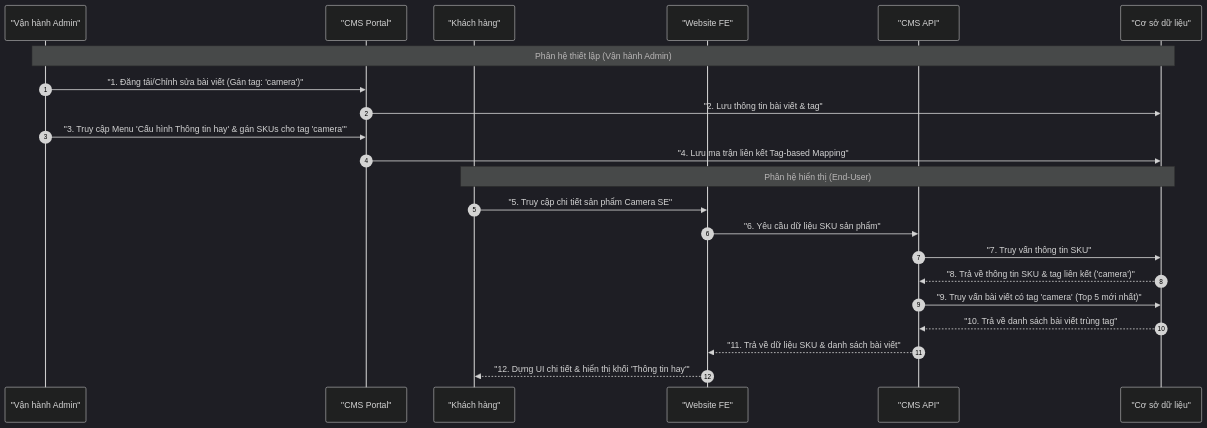
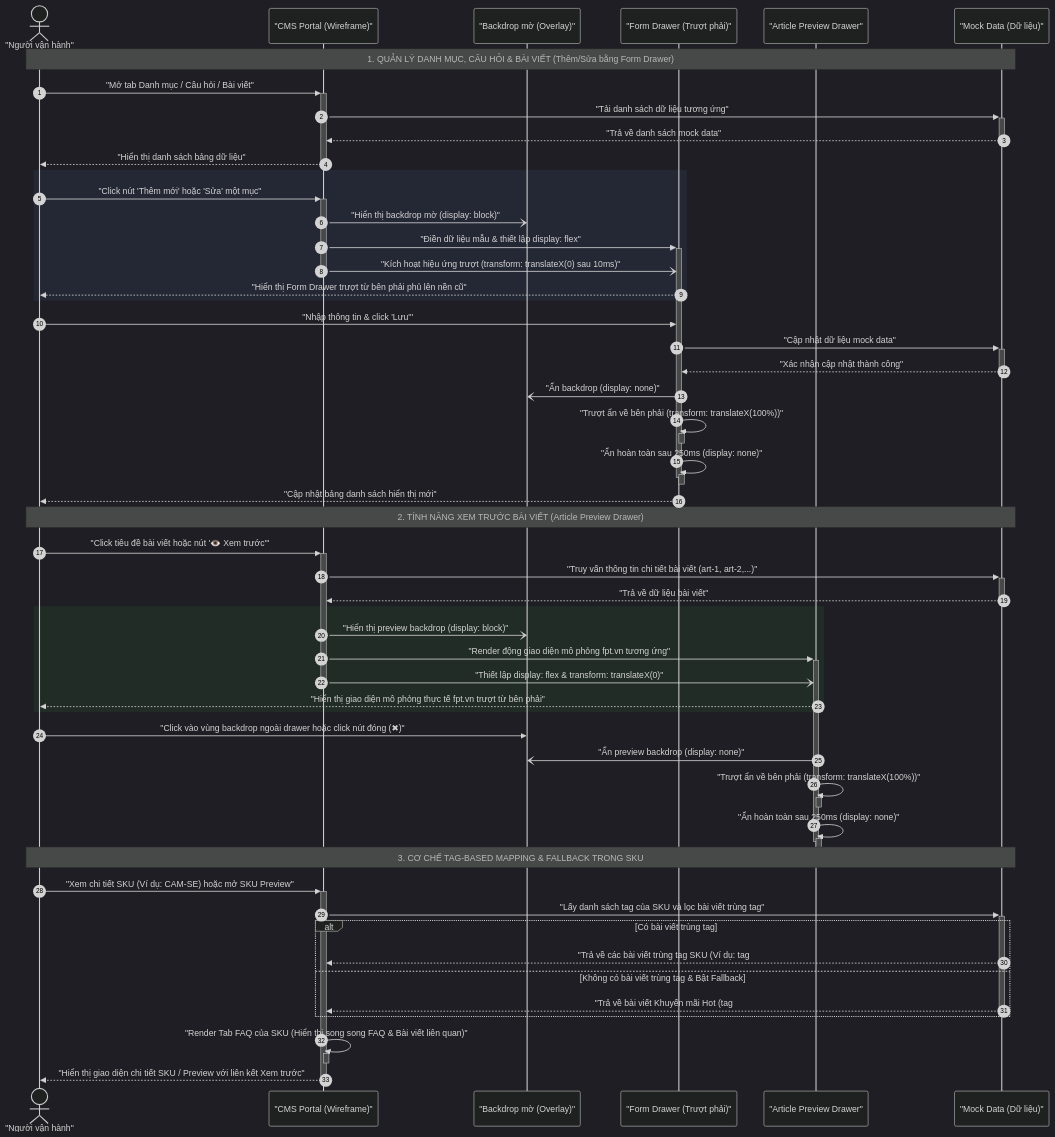
Before and after one commit to LongNguyen2903/FPT: the diagram in diagrams/fpt-article-tag-seq.md, drawn with Mermaid. The commit also changed other lines of this file and 8 other files, not shown here.

Commit message:
feat: add project documentation, UI wireframes, and sequence diagrams for module 1 implementation

````diff
--- a/diagrams/fpt-article-tag-seq.md
+++ b/diagrams/fpt-article-tag-seq.md
@@ -9,26 +10,90 @@
 %%{init: { 'theme': 'dark' } }%%
 sequenceDiagram
     autonumber
-    participant Admin as "Vận hành Admin"
-    participant Portal as "CMS Portal"
-    participant Customer as "Khách hàng"
-    participant FE as "Website FE"
-    participant API as "CMS API"
-    participant DB as "Cơ sở dữ liệu"
 
-    Note over Admin, DB: Phân hệ thiết lập (Vận hành Admin)
-    Admin->>Portal: "1. Đăng tải/Chỉnh sửa bài viết (Gán tag: 'camera')"
-    Portal->>DB: "2. Lưu thông tin bài viết & tag"
-    Admin->>Portal: "3. Truy cập Menu 'Cấu hình Thông tin hay' & gán SKUs cho tag 'camera'"
-    Portal->>DB: "4. Lưu ma trận liên kết Tag-based Mapping"
+    %% KHAI BÁO THỰC THỂ (UML 2.5)
+    %% actor = Con người | participant = Hệ thống
+    actor Operator as "Người vận hành"
+    participant CMS as "CMS Portal (Wireframe)"
+    participant Backdrop as "Backdrop mờ (Overlay)"
+    participant FormDrawer as "Form Drawer (Trượt phải)"
+    participant PreviewDrawer as "Article Preview Drawer"
+    participant Mock as "Mock Data (Dữ liệu)"
 
-    Note over Customer, DB: Phân hệ hiển thị (End-User)
-    Customer->>FE: "5. Truy cập chi tiết sản phẩm Camera SE"
-    FE->>API: "6. Yêu cầu dữ liệu SKU sản phẩm"
-    API->>DB: "7. Truy vấn thông tin SKU"
-    DB-->>API: "8. Trả về thông tin SKU & tag liên kết ('camera')"
-    API->>DB: "9. Truy vấn bài viết có tag 'camera' (Top 5 mới nhất)"
-    DB-->>API: "10. Trả về danh sách bài viết trùng tag"
-    API-->>FE: "11. Trả về dữ liệu SKU & danh sách bài viết"
-    FE-->>Customer: "12. Dựng UI chi tiết & hiển thị khối 'Thông tin hay'"
+
+    Note over Operator, Mock: 1. QUẢN LÝ DANH MỤC, CÂU HỎI & BÀI VIẾT (Thêm/Sửa bằng Form Drawer)
+
+
+    Operator->>+CMS: "Mở tab Danh mục / Câu hỏi / Bài viết"
+    CMS->>+Mock: "Tải danh sách dữ liệu tương ứng"
+    Mock-->>-CMS: "Trả về danh sách mock data"
+    CMS-->>-Operator: "Hiển thị danh sách bảng dữ liệu"
+
+
+    rect rgba(100, 149, 237, 0.08)
+        Operator->>+CMS: "Click nút 'Thêm mới' hoặc 'Sửa' một mục"
+        CMS-)Backdrop: "Hiển thị backdrop mờ (display: block)"
+        CMS->>+FormDrawer: "Điền dữ liệu mẫu & thiết lập display: flex"
+        CMS-)FormDrawer: "Kích hoạt hiệu ứng trượt (transform: translateX(0) sau 10ms)"
+        deactivate CMS
+        FormDrawer-->>Operator: "Hiển thị Form Drawer trượt từ bên phải phủ lên nền cũ"
+    end
+
+
+    Operator->>FormDrawer: "Nhập thông tin & click 'Lưu'"
+    FormDrawer->>+Mock: "Cập nhật dữ liệu mock data"
+    Mock-->>-FormDrawer: "Xác nhận cập nhật thành công"
+    FormDrawer-)Backdrop: "Ẩn backdrop (display: none)"
+
+    FormDrawer->>+FormDrawer: "Trượt ẩn về bên phải (transform: translateX(100%))"
+    deactivate FormDrawer
+    FormDrawer->>+FormDrawer: "Ẩn hoàn toàn sau 250ms (display: none)"
+    deactivate FormDrawer
+    deactivate FormDrawer
+    FormDrawer-->>Operator: "Cập nhật bảng danh sách hiển thị mới"
+
+
+    Note over Operator, Mock: 2. TÍNH NĂNG XEM TRƯỚC BÀI VIẾT (Article Preview Drawer)
+
+
+    Operator->>+CMS: "Click tiêu đề bài viết hoặc nút '👁️ Xem trước'"
+    CMS->>+Mock: "Truy vấn thông tin chi tiết bài viết (art-1, art-2,...)"
+    Mock-->>-CMS: "Trả về dữ liệu bài viết"
+
+    rect rgba(50, 205, 50, 0.08)
+        CMS-)Backdrop: "Hiển thị preview backdrop (display: block)"
+        CMS->>+PreviewDrawer: "Render động giao diện mô phỏng fpt.vn tương ứng"
+        CMS-)PreviewDrawer: "Thiết lập display: flex & transform: translateX(0)"
+        deactivate CMS
+        PreviewDrawer-->>Operator: "Hiển thị giao diện mô phỏng thực tế fpt.vn trượt từ bên phải"
+    end
+
+
+    Operator->>Backdrop: "Click vào vùng backdrop ngoài drawer hoặc click nút đóng (✖)"
+    PreviewDrawer-)Backdrop: "Ẩn preview backdrop (display: none)"
+
+    PreviewDrawer->>+PreviewDrawer: "Trượt ẩn về bên phải (transform: translateX(100%))"
+    deactivate PreviewDrawer
+    PreviewDrawer->>+PreviewDrawer: "Ẩn hoàn toàn sau 250ms (display: none)"
+    deactivate PreviewDrawer
+    deactivate PreviewDrawer
+
+
+    Note over Operator, Mock: 3. CƠ CHẾ TAG-BASED MAPPING & FALLBACK TRONG SKU
+
+    Operator->>+CMS: "Xem chi tiết SKU (Ví dụ: CAM-SE) hoặc mở SKU Preview"
+    CMS->>+Mock: "Lấy danh sách tag của SKU và lọc bài viết trùng tag"
+
+
+    alt Có bài viết trùng tag
+        Mock-->>CMS: "Trả về các bài viết trùng tag SKU (Ví dụ: tag #camera)"
+    else Không có bài viết trùng tag & Bật Fallback
+        Mock-->>CMS: "Trả về bài viết Khuyến mãi Hot (tag #khuyenmai)"
+    end
+    deactivate Mock
+
+
+    CMS->>+CMS: "Render Tab FAQ của SKU (Hiển thị song song FAQ & Bài viết liên quan)"
+    deactivate CMS
+    CMS-->>-Operator: "Hiển thị giao diện chi tiết SKU / Preview với liên kết Xem trước"
 ```
````
